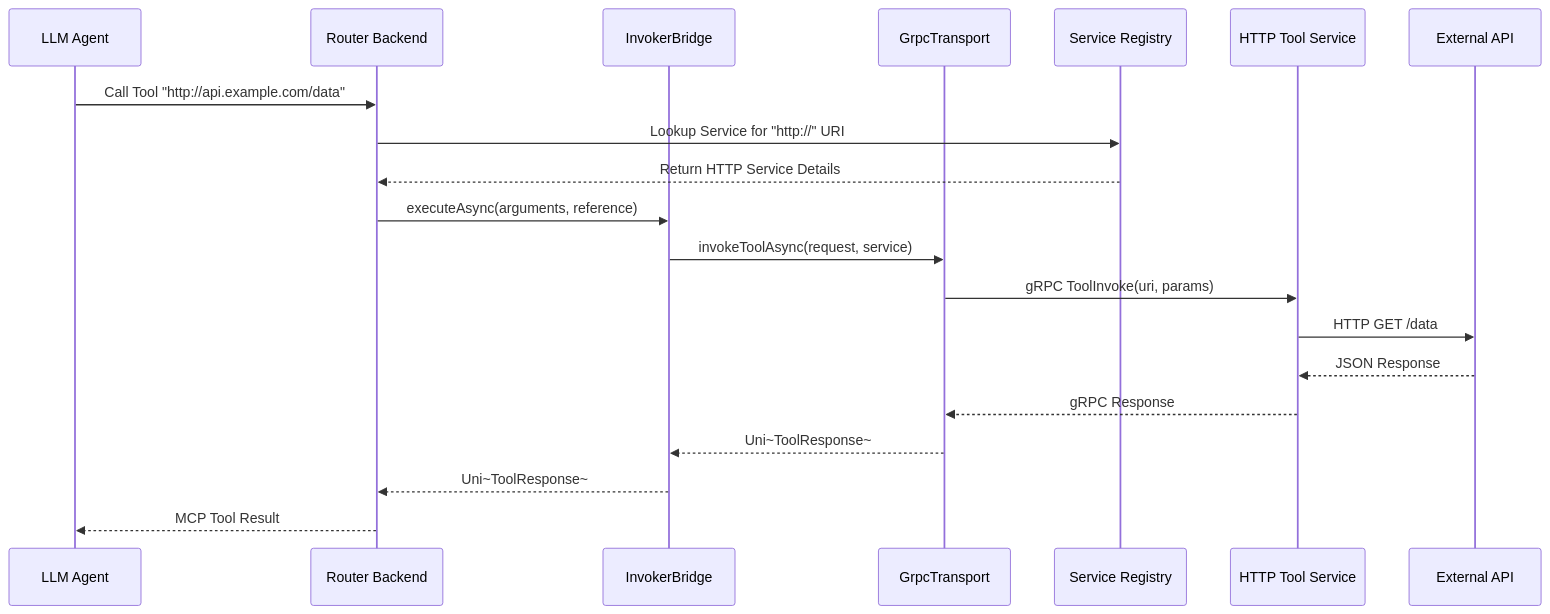
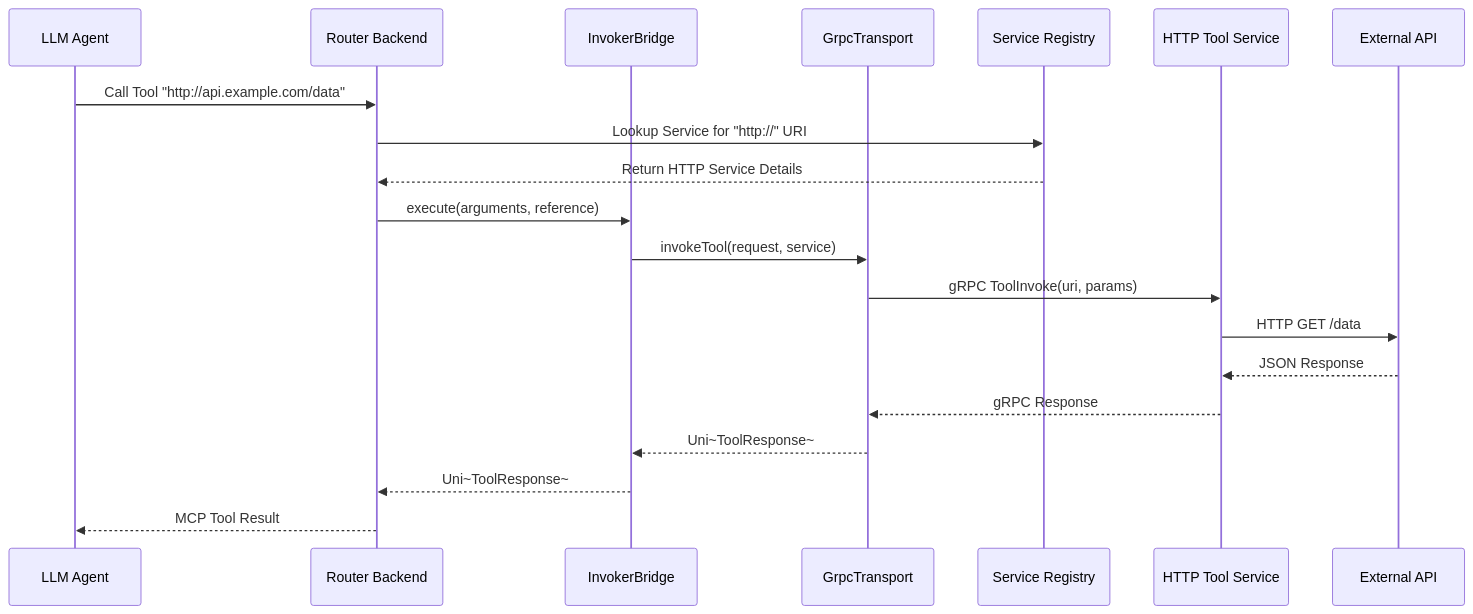
The third of 11 diagrams in docs/architecture.md (wanaku-ai/wanaku), drawn with Mermaid before and after one commit. The commit also changed other lines of this file and 4 other files, not shown here.

````diff
--- a/docs/architecture.md
+++ b/docs/architecture.md
@@ -187,23 +187,23 @@
 ```mermaid
 sequenceDiagram
     participant LLM as LLM Agent
     participant Router as Router Backend
     participant Bridge as InvokerBridge
     participant Transport as GrpcTransport
     participant Registry as Service Registry
     participant ToolSvc as HTTP Tool Service
     participant API as External API
 
     LLM->>Router: Call Tool "http://api.example.com/data"
     Router->>Registry: Lookup Service for "http://" URI
     Registry-->>Router: Return HTTP Service Details
-    Router->>Bridge: executeAsync(arguments, reference)
-    Bridge->>Transport: invokeToolAsync(request, service)
+    Router->>Bridge: execute(arguments, reference)
+    Bridge->>Transport: invokeTool(request, service)
     Transport->>ToolSvc: gRPC ToolInvoke(uri, params)
     ToolSvc->>API: HTTP GET /data
     API-->>ToolSvc: JSON Response
     ToolSvc-->>Transport: gRPC Response
     Transport-->>Bridge: Uni~ToolResponse~
     Bridge-->>Router: Uni~ToolResponse~
     Router-->>LLM: MCP Tool Result
 ```
````
